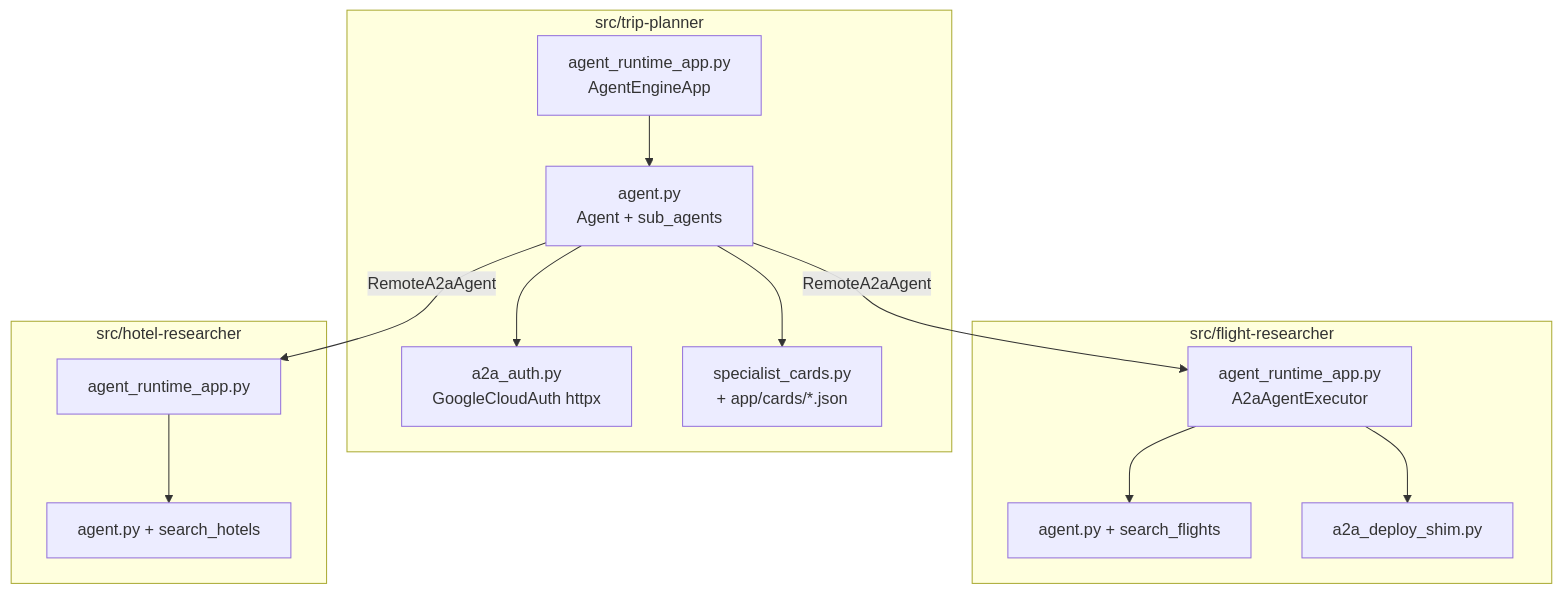
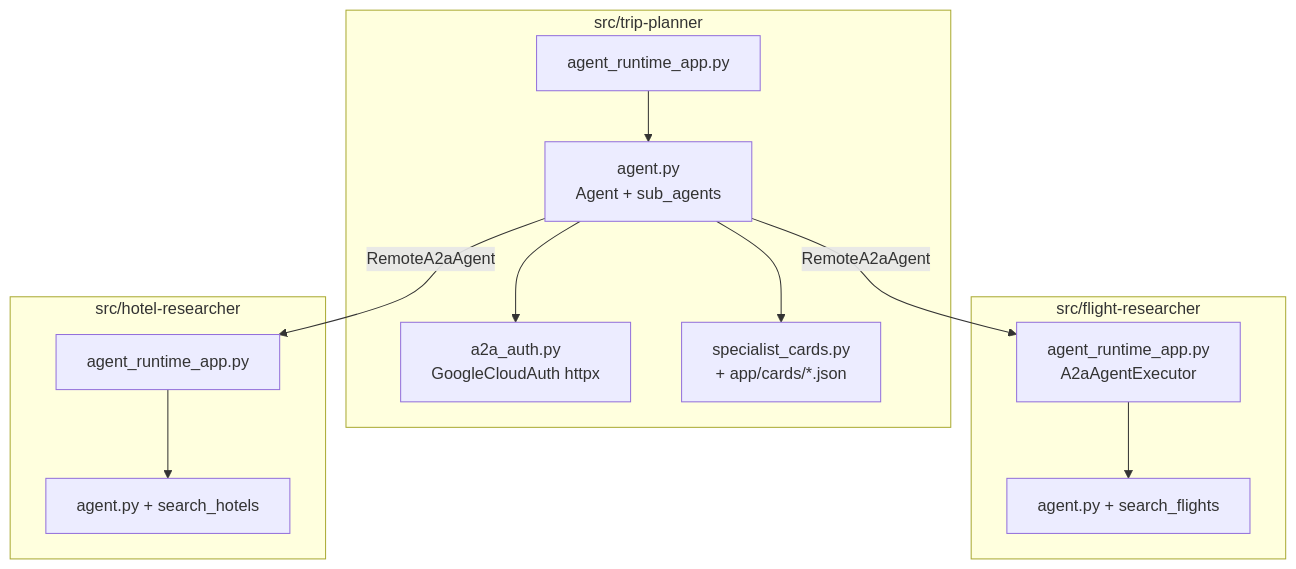
The first of 3 diagrams in docs/guides/01-local-mesh.md (yu-iskw/agent-cli-demo), drawn with Mermaid before and after one commit. The commit also changed other lines of this file and 5 other files, not shown here.

````diff
--- a/docs/guides/01-local-mesh.md
+++ b/docs/guides/01-local-mesh.md
@@ -15,29 +32,27 @@
 ```mermaid
 flowchart TB
   subgraph TP["src/trip-planner"]
     TPAgent["agent.py<br/>Agent + sub_agents"]
     TPA2A["a2a_auth.py<br/>GoogleCloudAuth httpx"]
     TPCards["specialist_cards.py<br/>+ app/cards/*.json"]
-    TPRuntime["agent_runtime_app.py<br/>AgentEngineApp"]
+    TPRuntime["agent_runtime_app.py"]
     TPAgent --> TPA2A
     TPAgent --> TPCards
     TPRuntime --> TPAgent
   end
 
   subgraph FR["src/flight-researcher"]
     FRAgent["agent.py + search_flights"]
     FRRuntime["agent_runtime_app.py<br/>A2aAgentExecutor"]
-    FRShim["a2a_deploy_shim.py"]
     FRRuntime --> FRAgent
-    FRRuntime --> FRShim
   end
 
   subgraph HR["src/hotel-researcher"]
     HRAgent["agent.py + search_hotels"]
     HRRuntime["agent_runtime_app.py"]
     HRRuntime --> HRAgent
   end
 
   TPAgent -->|"RemoteA2aAgent"| FRRuntime
   TPAgent -->|"RemoteA2aAgent"| HRRuntime
 ```
````
